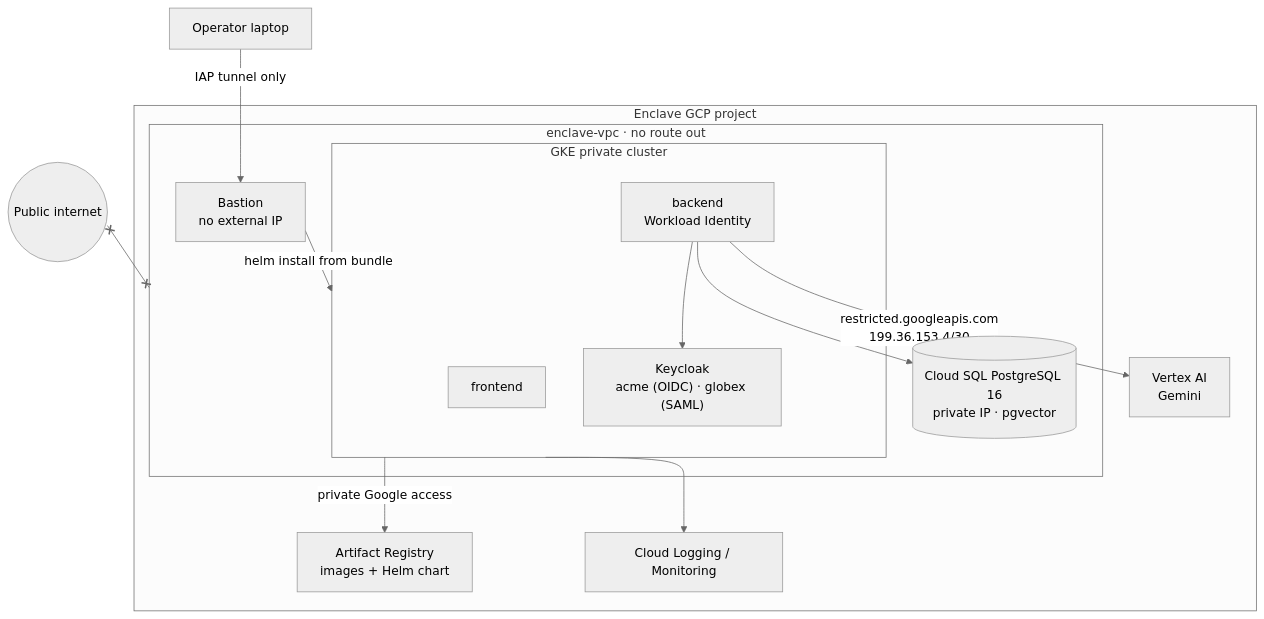
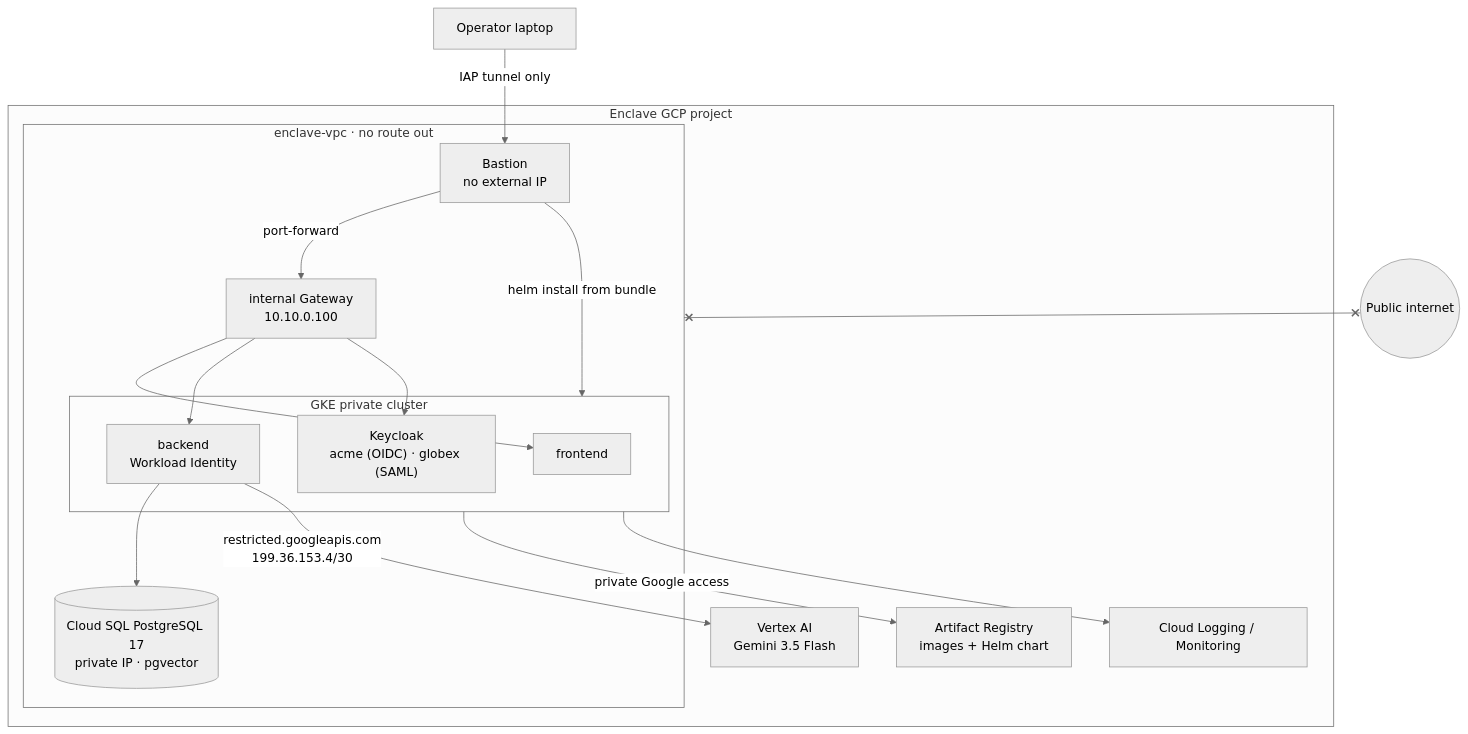
Before and after one commit to ghantasala-sr/GateKeeper-enclave: the first of 2 diagrams in README.md, drawn with Mermaid (neutral theme). The commit also changed other lines of this file and 1 other file, not shown here.

````diff
--- a/README.md
+++ b/README.md
@@ -29,26 +31,28 @@
 ```mermaid
 flowchart TB
     subgraph GCP["Enclave GCP project"]
         subgraph VPC["enclave-vpc · no route out"]
             BASTION["Bastion<br/>no external IP"]
+            GW["internal Gateway<br/>10.10.0.100"]
             subgraph GKE["GKE private cluster"]
                 FE["frontend"]
                 BE["backend<br/>Workload Identity"]
                 KC["Keycloak<br/>acme (OIDC) · globex (SAML)"]
             end
-            SQL[("Cloud SQL PostgreSQL 16<br/>private IP · pgvector")]
+            SQL[("Cloud SQL PostgreSQL 17<br/>private IP · pgvector")]
         end
         AR["Artifact Registry<br/>images + Helm chart"]
-        VERTEX["Vertex AI<br/>Gemini"]
+        VERTEX["Vertex AI<br/>Gemini 3.5 Flash"]
         OBS["Cloud Logging / Monitoring"]
     end
 
     OP["Operator laptop"] -- "IAP tunnel only" --> BASTION
+    BASTION -- "port-forward" --> GW
+    GW --> FE & BE & KC
     BASTION -- "helm install from bundle" --> GKE
     BE --> SQL
-    BE --> KC
     BE -- "restricted.googleapis.com<br/>199.36.153.4/30" --> VERTEX
     GKE -- "private Google access" --> AR
     GKE --> OBS
     INTERNET(("Public internet")) x--x VPC
 ```
````
